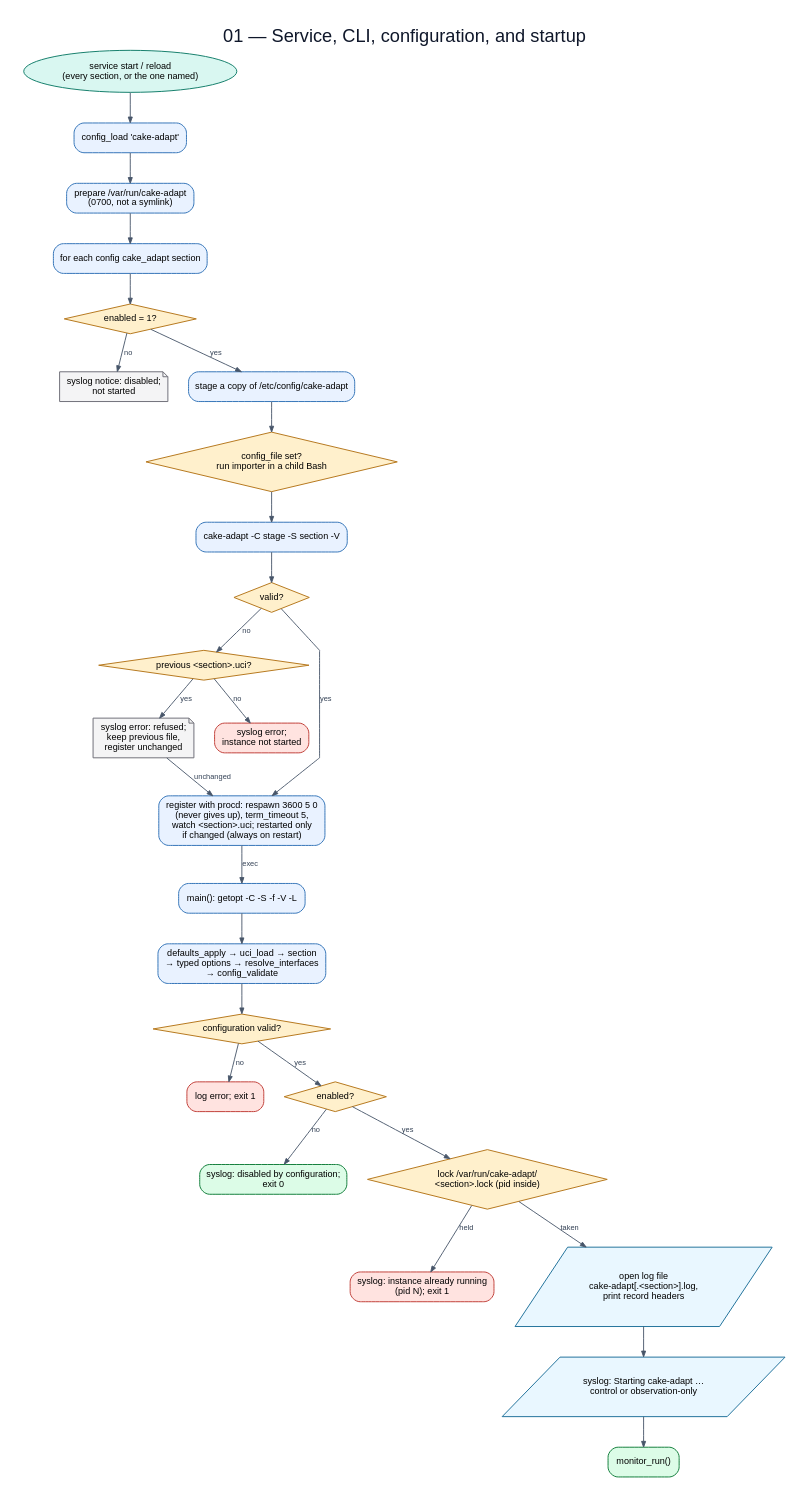
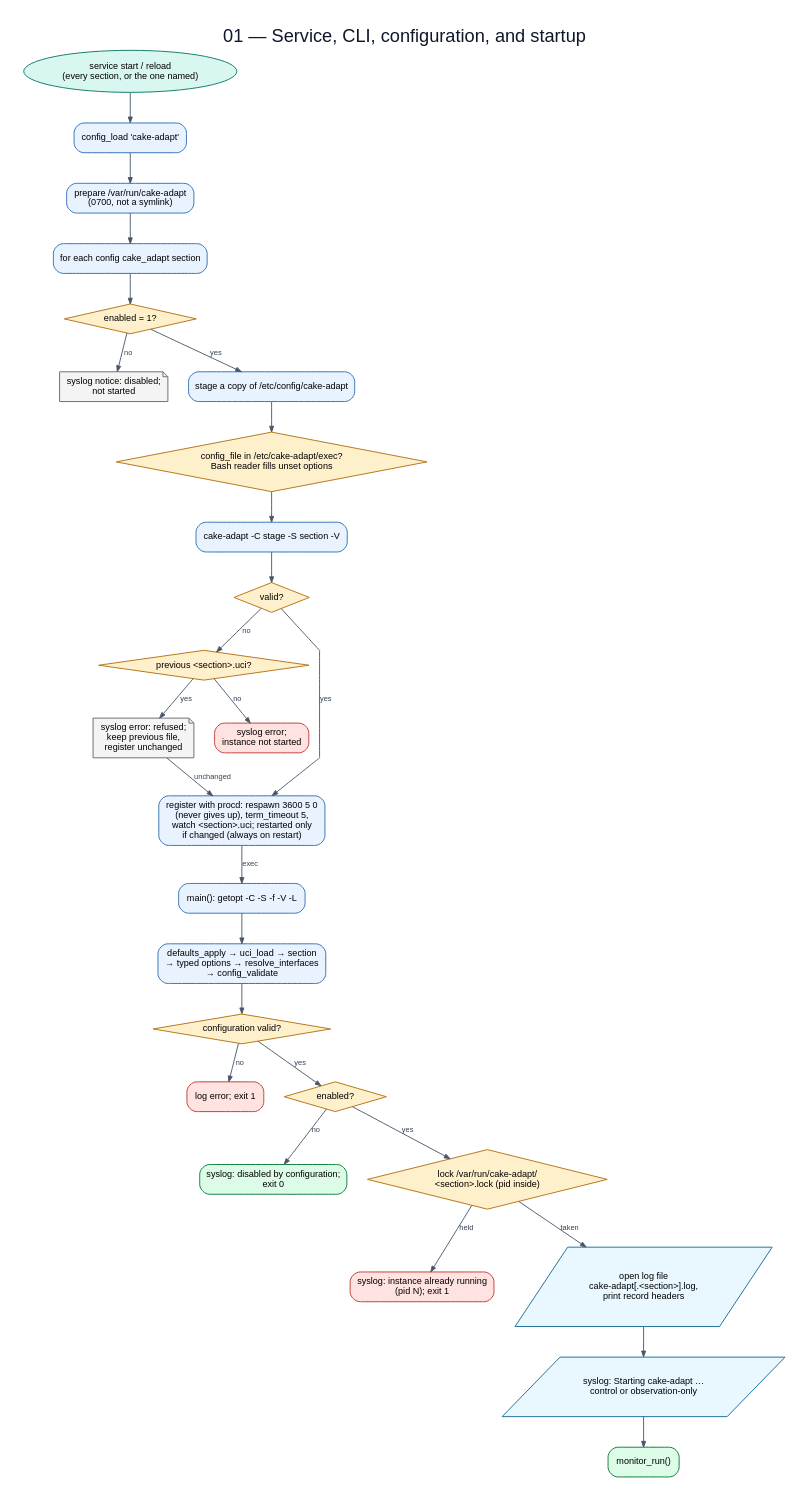
The diagram in flowchart/diagrams/01-startup-config.dot (huydoan94/cake-adapt), drawn with Graphviz before and after one commit. The commit also changed 14 other files, not shown here.

```diff
--- a/flowchart/diagrams/01-startup-config.dot
+++ b/flowchart/diagrams/01-startup-config.dot
@@ -1,55 +1,55 @@
 digraph G {
   graph [rankdir=TB,bgcolor="white",pad="0.30",nodesep="0.35",ranksep="0.48",splines=polyline,fontname="Arial",label="01 — Service, CLI, configuration, and startup",labelloc=t,fontsize=22,fontcolor="#0f172a"];
   node [fontname="Arial",fontsize=11,margin="0.14,0.09",penwidth=1.2];
   edge [fontname="Arial",fontsize=9,color="#475569",fontcolor="#334155",arrowsize=0.7,penwidth=1.1];
   start [label="service start / reload\n(every section, or the one named)",shape=oval,style="filled",fillcolor="#d9f7f1",color="#17806d"];
   load [label="config_load 'cake-adapt'",shape=box,style="rounded,filled",fillcolor="#e9f2ff",color="#3676b9"];
   runtime [label="prepare /var/run/cake-adapt\n(0700, not a symlink)",shape=box,style="rounded,filled",fillcolor="#e9f2ff",color="#3676b9"];
   each [label="for each config cake_adapt section",shape=box,style="rounded,filled",fillcolor="#e9f2ff",color="#3676b9"];
   enabled [label="enabled = 1?",shape=diamond,style="filled",fillcolor="#fff0cc",color="#b7791f"];
   skip [label="syslog notice: disabled;\nnot started",shape=note,style="filled",fillcolor="#f4f4f5",color="#71717a"];
   stage [label="stage a copy of /etc/config/cake-adapt",shape=box,style="rounded,filled",fillcolor="#e9f2ff",color="#3676b9"];
-  import [label="config_file set?\nrun importer in a child Bash",shape=diamond,style="filled",fillcolor="#fff0cc",color="#b7791f"];
+  import [label="config_file in /etc/cake-adapt/exec?\nBash reader fills unset options",shape=diamond,style="filled",fillcolor="#fff0cc",color="#b7791f"];
   validate [label="cake-adapt -C stage -S section -V",shape=box,style="rounded,filled",fillcolor="#e9f2ff",color="#3676b9"];
   valid [label="valid?",shape=diamond,style="filled",fillcolor="#fff0cc",color="#b7791f"];
   previous [label="previous <section>.uci?",shape=diamond,style="filled",fillcolor="#fff0cc",color="#b7791f"];
   keep [label="syslog error: refused;\nkeep previous file,\nregister unchanged",shape=note,style="filled",fillcolor="#f4f4f5",color="#71717a"];
   reject [label="syslog error;\ninstance not started",shape=box,style="rounded,filled",fillcolor="#ffe3e0",color="#c2413b"];
   procd [label="register with procd: respawn 3600 5 0\n(never gives up), term_timeout 5,\nwatch <section>.uci; restarted only\nif changed (always on restart)",shape=box,style="rounded,filled",fillcolor="#e9f2ff",color="#3676b9"];
   cli [label="main(): getopt -C -S -f -V -L",shape=box,style="rounded,filled",fillcolor="#e9f2ff",color="#3676b9"];
   config [label="defaults_apply → uci_load → section\n→ typed options → resolve_interfaces\n→ config_validate",shape=box,style="rounded,filled",fillcolor="#e9f2ff",color="#3676b9"];
   configok [label="configuration valid?",shape=diamond,style="filled",fillcolor="#fff0cc",color="#b7791f"];
   fail [label="log error; exit 1",shape=box,style="rounded,filled",fillcolor="#ffe3e0",color="#c2413b"];
   denabled [label="enabled?",shape=diamond,style="filled",fillcolor="#fff0cc",color="#b7791f"];
   disabled [label="syslog: disabled by configuration;\nexit 0",shape=box,style="rounded,filled,bold",fillcolor="#dcfce7",color="#15803d"];
   lock [label="lock /var/run/cake-adapt/\n<section>.lock (pid inside)",shape=diamond,style="filled",fillcolor="#fff0cc",color="#b7791f"];
   running [label="syslog: instance already running\n(pid N); exit 1",shape=box,style="rounded,filled",fillcolor="#ffe3e0",color="#c2413b"];
   logs [label="open log file\ncake-adapt[.<section>].log,\nprint record headers",shape=parallelogram,style="filled",fillcolor="#e9f7ff",color="#24749c"];
   mode [label="syslog: Starting cake-adapt …\ncontrol or observation-only",shape=parallelogram,style="filled",fillcolor="#e9f7ff",color="#24749c"];
   run [label="monitor_run()",shape=box,style="rounded,filled,bold",fillcolor="#dcfce7",color="#15803d"];
   start -> load;
   load -> runtime;
   runtime -> each;
   each -> enabled;
   enabled -> skip [label="no"];
   enabled -> stage [label="yes"];
   stage -> import;
   import -> validate;
   validate -> valid;
   valid -> previous [label="no"];
   previous -> reject [label="no"];
   previous -> keep [label="yes"];
   keep -> procd [label="unchanged"];
   valid -> procd [label="yes"];
   procd -> cli [label="exec"];
   cli -> config;
   config -> configok;
   configok -> fail [label="no"];
   configok -> denabled [label="yes"];
   denabled -> disabled [label="no"];
   denabled -> lock [label="yes"];
   lock -> running [label="held"];
   lock -> logs [label="taken"];
   logs -> mode;
   mode -> run;
 }
```
